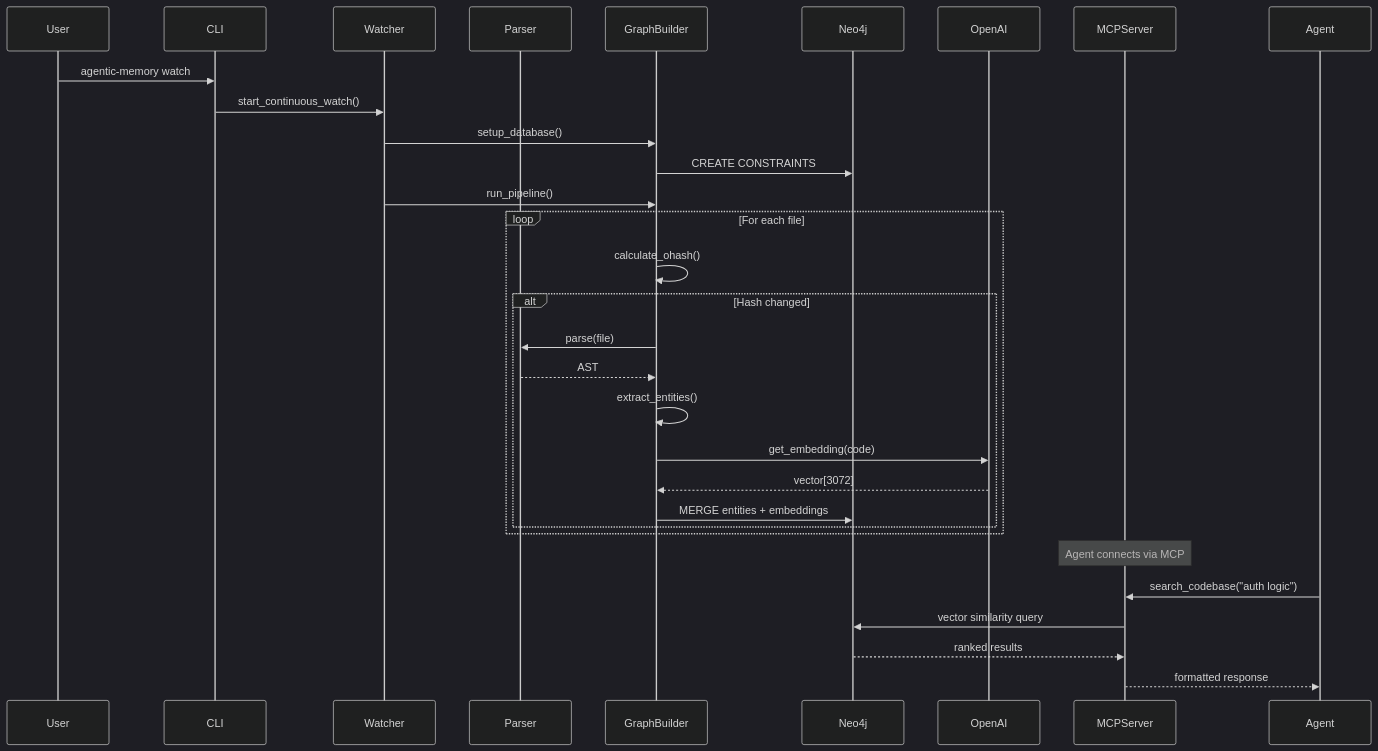
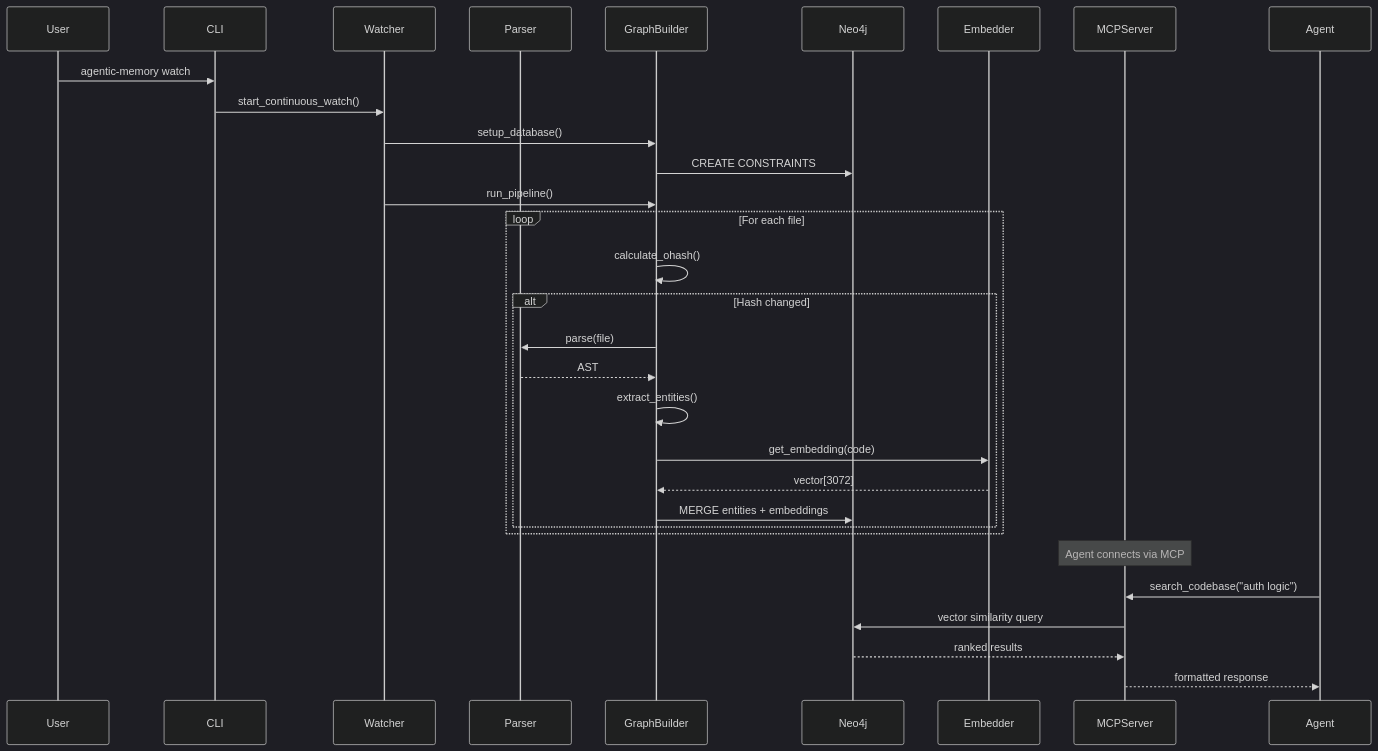
The second of 2 diagrams in docs/ARCHITECTURE.md (jarmen423/agentic-memory), drawn with Mermaid (dark theme) before and after one commit. The commit also changed other lines of this file and 44 other files, not shown here.

Commit message:
Checkpoint Phase 11 graph hardening and repo updates

````diff
--- a/docs/ARCHITECTURE.md
+++ b/docs/ARCHITECTURE.md
@@ -974,37 +978,37 @@
 ```mermaid
 sequenceDiagram
     participant User
     participant CLI
     participant Watcher
     participant Parser
     participant GraphBuilder
     participant Neo4j
-    participant OpenAI
+    participant Embedder
     participant MCPServer
     participant Agent
 
     User->>CLI: agentic-memory watch
     CLI->>Watcher: start_continuous_watch()
     Watcher->>GraphBuilder: setup_database()
     GraphBuilder->>Neo4j: CREATE CONSTRAINTS
     Watcher->>GraphBuilder: run_pipeline()
 
     loop For each file
         GraphBuilder->>GraphBuilder: calculate_ohash()
         alt Hash changed
             GraphBuilder->>Parser: parse(file)
             Parser-->>GraphBuilder: AST
             GraphBuilder->>GraphBuilder: extract_entities()
-            GraphBuilder->>OpenAI: get_embedding(code)
-            OpenAI-->>GraphBuilder: vector[3072]
+            GraphBuilder->>Embedder: get_embedding(code)
+            Embedder-->>GraphBuilder: vector[3072]
             GraphBuilder->>Neo4j: MERGE entities + embeddings
         end
     end
 
     Note over MCPServer: Agent connects via MCP
 
     Agent->>MCPServer: search_codebase("auth logic")
     MCPServer->>Neo4j: vector similarity query
     Neo4j-->>MCPServer: ranked results
     MCPServer-->>Agent: formatted response
 ```
````
